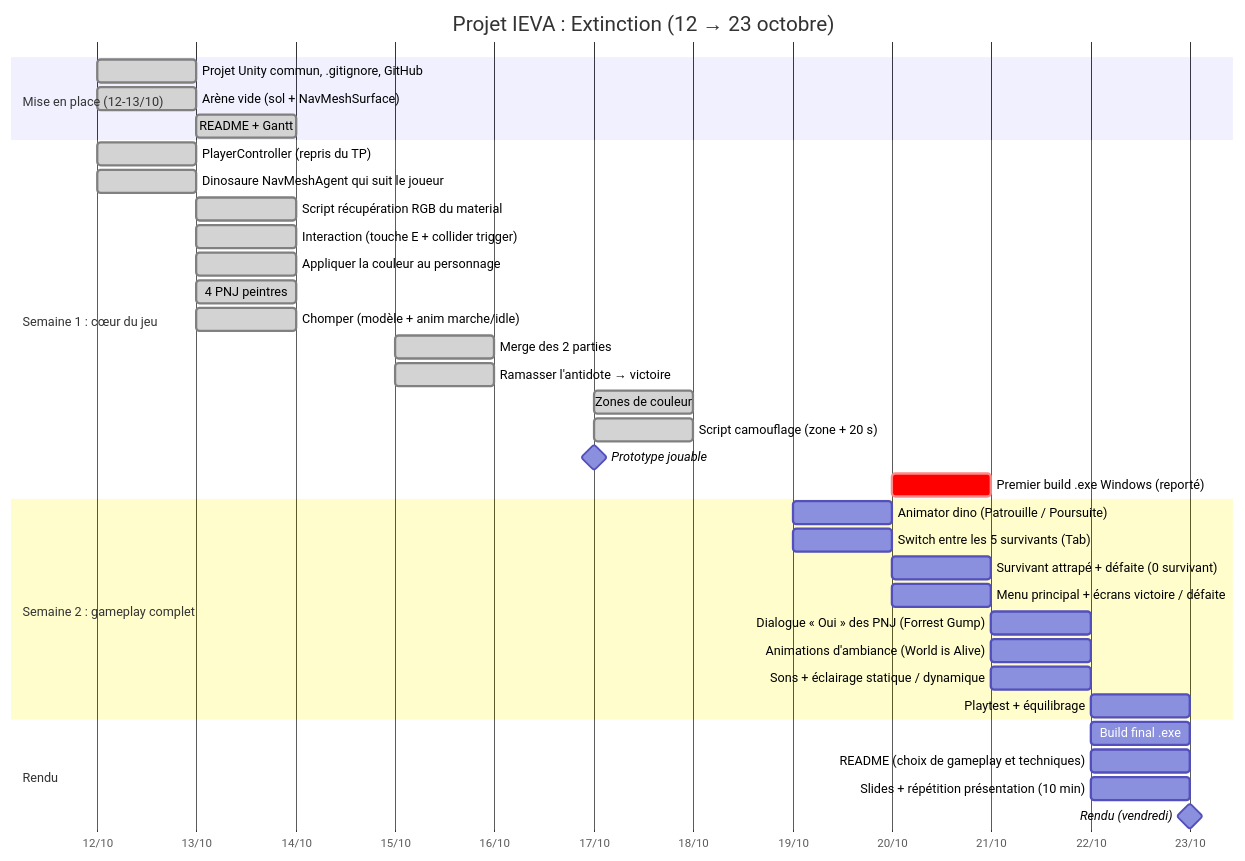
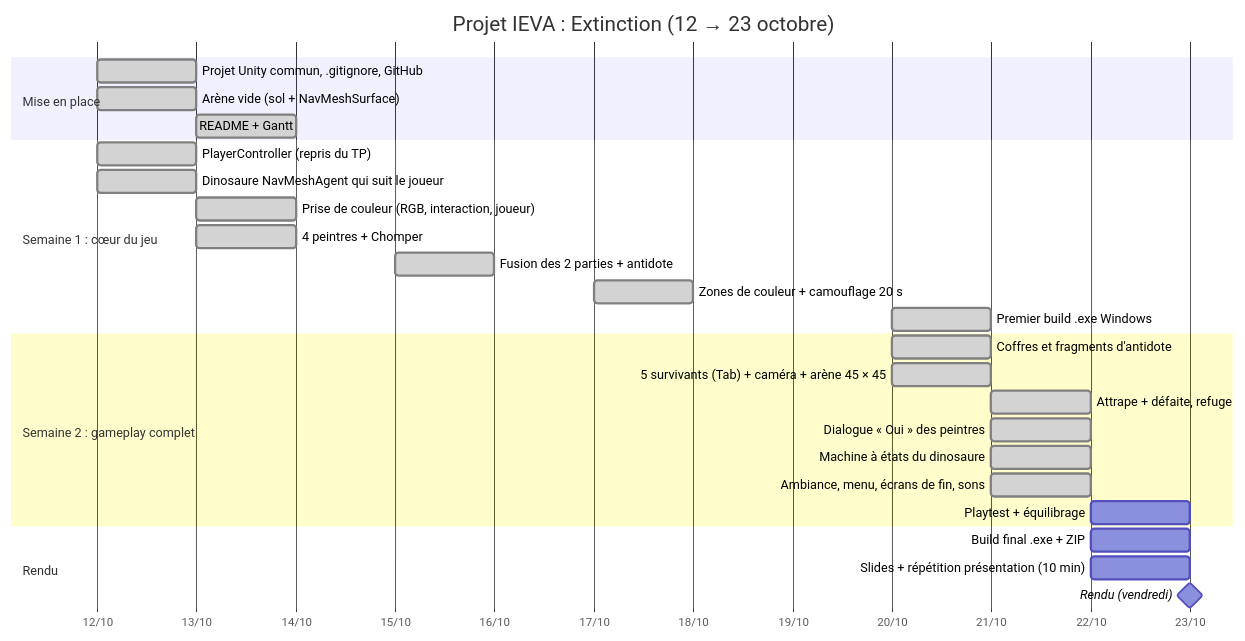
Before and after one commit to laissy-dev/IEVA: the diagram in README.md, drawn with Mermaid. The commit also changed other lines of this file, not shown here.

````diff
--- a/README.md
+++ b/README.md
@@ -41,42 +74,34 @@
 ```mermaid
 gantt
     title Projet IEVA : Extinction (12 → 23 octobre)
     dateFormat YYYY-MM-DD
     axisFormat %d/%m
 
-    section Mise en place (12-13/10)
+    section Mise en place
     Projet Unity commun, .gitignore, GitHub      :done, a0, 2026-10-12, 1d
     Arène vide (sol + NavMeshSurface)            :done, a1, 2026-10-12, 1d
     README + Gantt                               :done, a11, 2026-10-13, 1d
 
     section Semaine 1 : cœur du jeu
     PlayerController (repris du TP)              :done, a2, 2026-10-12, 1d
     Dinosaure NavMeshAgent qui suit le joueur    :done, a3, 2026-10-12, 1d
-    Script récupération RGB du material          :done, a5, 2026-10-13, 1d
-    Interaction (touche E + collider trigger)    :done, a6, 2026-10-13, 1d
-    Appliquer la couleur au personnage           :done, a7, 2026-10-13, 1d
-    4 PNJ peintres                               :done, a8, 2026-10-13, 1d
-    Chomper (modèle + anim marche/idle)          :done, a12, 2026-10-13, 1d
-    Merge des 2 parties                          :done, a13, 2026-10-15, 1d
-    Ramasser l'antidote → victoire               :done, a4, 2026-10-15, 1d
-    Zones de couleur                             :done, a14, 2026-10-17, 1d
-    Script camouflage (zone + 20 s)              :done, a9, 2026-10-17, 1d
-    Prototype jouable                            :milestone, m1, 2026-10-17, 0d
-    Premier build .exe Windows (reporté)         :crit, a10, 2026-10-20, 1d
+    Prise de couleur (RGB, interaction, joueur)  :done, a5, 2026-10-13, 1d
+    4 peintres + Chomper                         :done, a8, 2026-10-13, 1d
+    Fusion des 2 parties + antidote              :done, a13, 2026-10-15, 1d
+    Zones de couleur + camouflage 20 s           :done, a9, 2026-10-17, 1d
+    Premier build .exe Windows                   :done, a10, 2026-10-20, 1d
 
     section Semaine 2 : gameplay complet
-    Animator dino (Patrouille / Poursuite)       :b1, 2026-10-19, 1d
-    Switch entre les 5 survivants (Tab)          :b2, 2026-10-19, 1d
-    Survivant attrapé + défaite (0 survivant)    :b3, 2026-10-20, 1d
-    Menu principal + écrans victoire / défaite   :b4, 2026-10-20, 1d
-    Dialogue « Oui » des PNJ (Forrest Gump)      :b5, 2026-10-21, 1d
-    Animations d'ambiance (World is Alive)       :b6, 2026-10-21, 1d
-    Sons + éclairage statique / dynamique        :b7, 2026-10-21, 1d
+    Coffres et fragments d'antidote              :done, b0, 2026-10-20, 1d
+    5 survivants (Tab) + caméra + arène 45 × 45  :done, b2, 2026-10-20, 1d
+    Attrape + défaite, refuge                    :done, b3, 2026-10-21, 1d
+    Dialogue « Oui » des peintres                :done, b5, 2026-10-21, 1d
+    Machine à états du dinosaure                 :done, b1, 2026-10-21, 1d
+    Ambiance, menu, écrans de fin, sons          :done, b4, 2026-10-21, 1d
     Playtest + équilibrage                       :b8, 2026-10-22, 1d
 
     section Rendu
-    Build final .exe                             :c1, 2026-10-22, 1d
-    README (choix de gameplay et techniques)     :c2, 2026-10-22, 1d
+    Build final .exe + ZIP                       :c1, 2026-10-22, 1d
     Slides + répétition présentation (10 min)    :c3, 2026-10-22, 1d
     Rendu (vendredi)                             :milestone, m2, 2026-10-23, 0d
 ```
````
